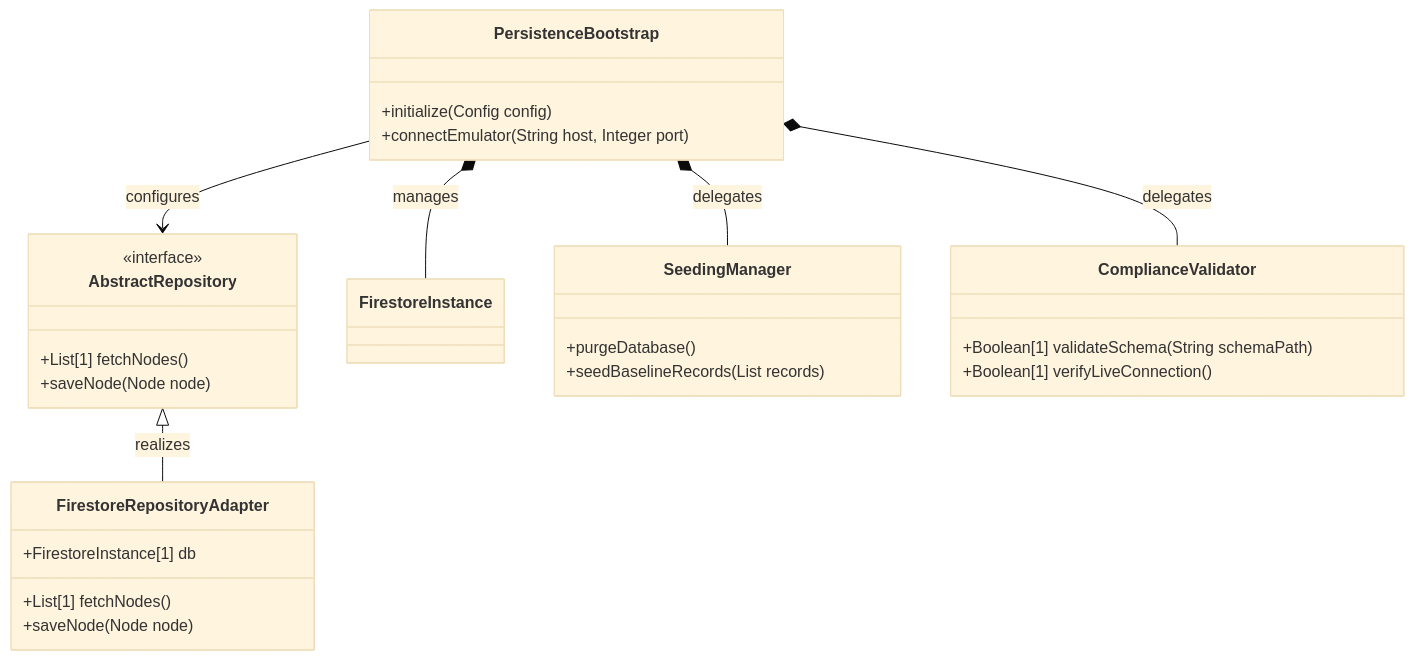
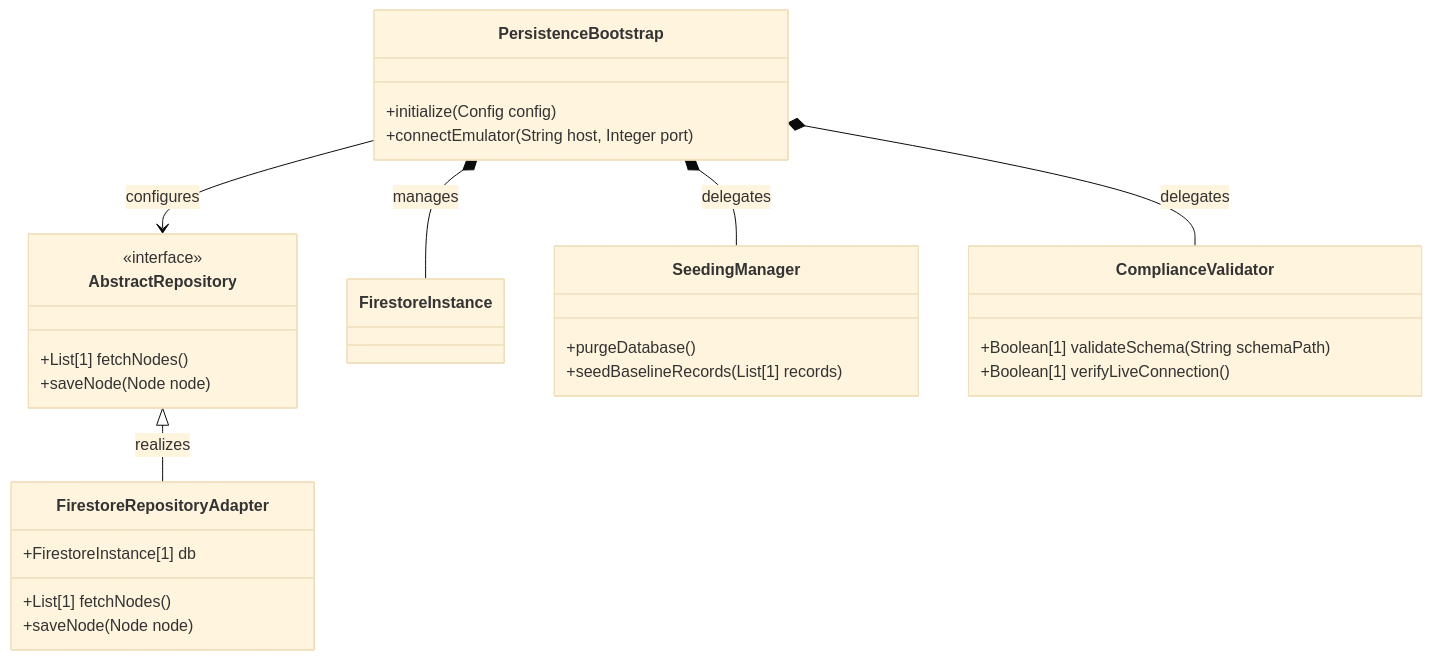
One commit to gintatkinson/digital-pipeline-repo changed the diagram in docs/features/feat-44-downstream-baseline.md. Above: the diagram before and after it, drawn with Mermaid (base theme).

Commit message:
fix: add multiplicity to List parameter in SeedingManager.seedBaselineRecords

````diff
--- a/docs/features/feat-44-downstream-baseline.md
+++ b/docs/features/feat-44-downstream-baseline.md
@@ -14,33 +14,33 @@
 ```mermaid
 classDiagram
     class PersistenceBootstrap {
         +initialize(Config config)
         +connectEmulator(String host, Integer port)
     }
     class AbstractRepository {
         <<interface>>
         +List[1] fetchNodes()
         +saveNode(Node node)
     }
     class FirestoreInstance {
     }
     class FirestoreRepositoryAdapter {
         +FirestoreInstance[1] db
         +List[1] fetchNodes()
         +saveNode(Node node)
     }
     class SeedingManager {
         +purgeDatabase()
-        +seedBaselineRecords(List records)
+        +seedBaselineRecords(List[1] records)
     }
     class ComplianceValidator {
         +Boolean[1] validateSchema(String schemaPath)
         +Boolean[1] verifyLiveConnection()
     }
 
     AbstractRepository <|-- FirestoreRepositoryAdapter : realizes
     PersistenceBootstrap *-- SeedingManager : delegates
     PersistenceBootstrap *-- ComplianceValidator : delegates
     PersistenceBootstrap --> AbstractRepository : configures
     PersistenceBootstrap *-- FirestoreInstance : manages
 ```
````
